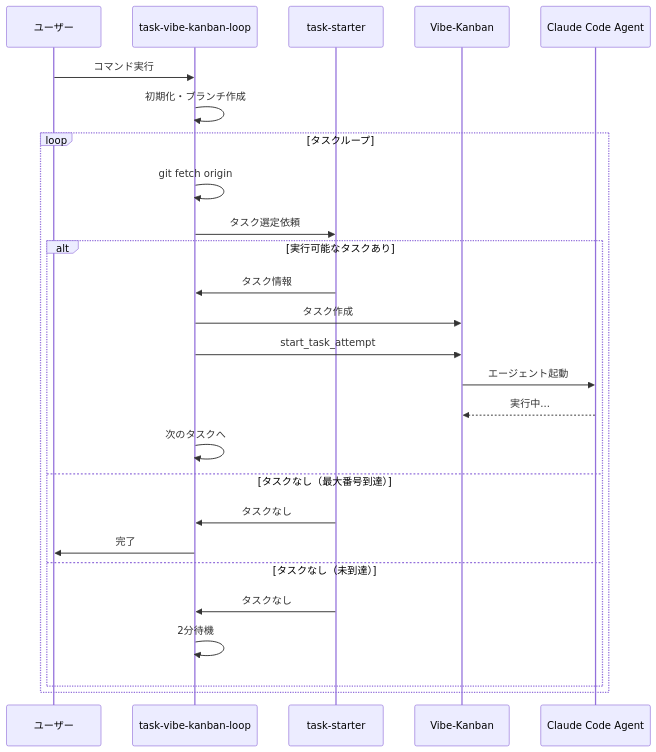
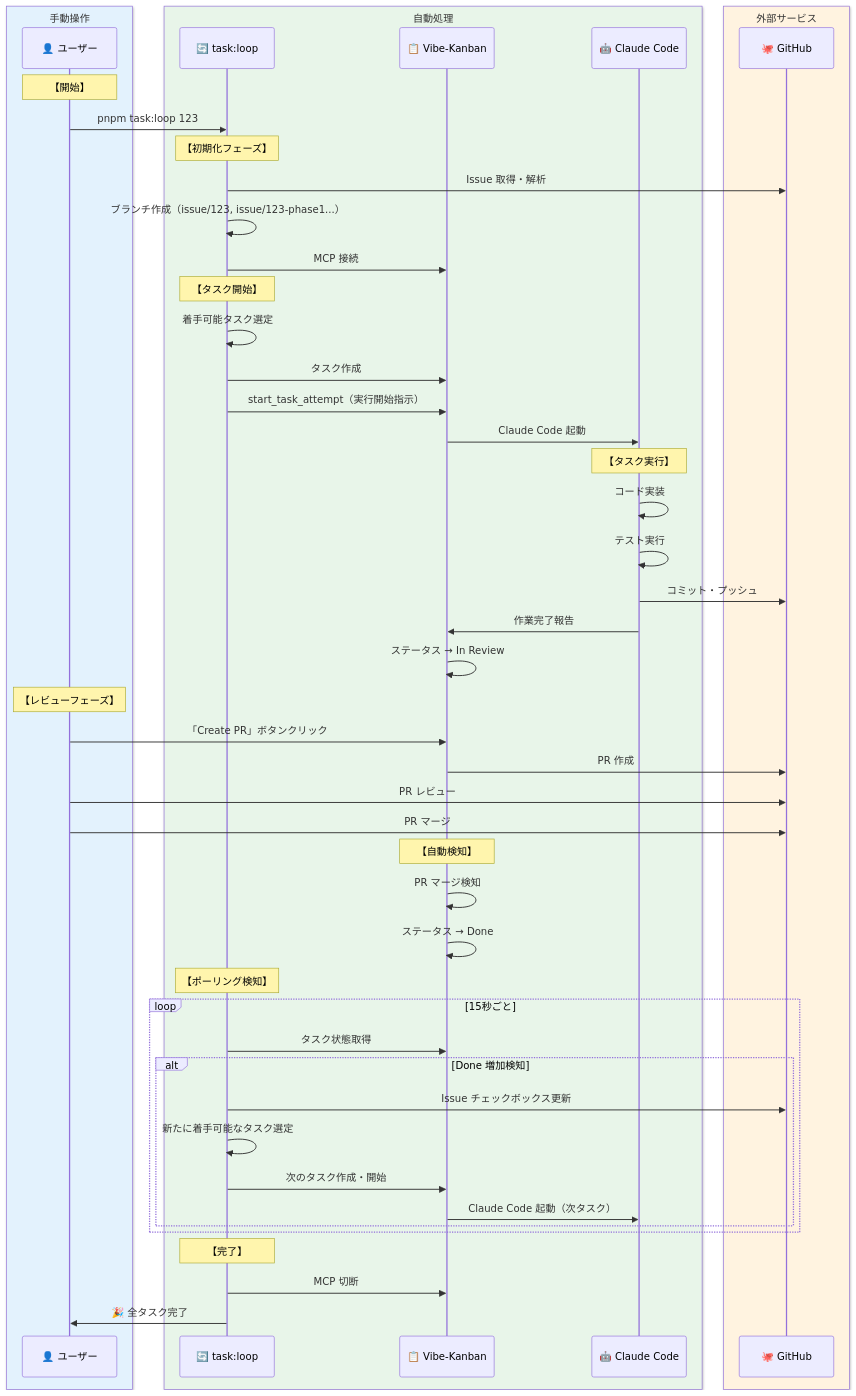
One commit to einja-inc/einja-management-template changed the second of 2 diagrams in docs/instructions/task-vibe-kanban-loop.md. Above: the diagram before and after it, drawn with Mermaid. The commit also changed other lines of this file and 17 other files, not shown here.

````diff
--- a/docs/instructions/task-vibe-kanban-loop.md
+++ b/docs/instructions/task-vibe-kanban-loop.md
@@ -48,31 +311,60 @@
 ```mermaid
 sequenceDiagram
-    participant User as ユーザー
-    participant CMD as task-vibe-kanban-loop
-    participant Starter as task-starter
-    participant Vibe as Vibe-Kanban
-    participant Agent as Claude Code Agent
+    box rgb(227, 242, 253) 手動操作
+        participant User as 👤 ユーザー
+    end
+    box rgb(232, 245, 233) 自動処理
+        participant Script as 🔄 task:loop
+        participant Vibe as 📋 Vibe-Kanban
+        participant Claude as 🤖 Claude Code
+    end
+    box rgb(255, 243, 224) 外部サービス
+        participant GitHub as 🐙 GitHub
+    end
 
-    User->>CMD: コマンド実行
-    CMD->>CMD: 初期化・ブランチ作成
+    Note over User: 【開始】
+    User->>Script: pnpm task:loop 123
 
-    loop タスクループ
-        CMD->>CMD: git fetch origin
-        CMD->>Starter: タスク選定依頼
+    Note over Script: 【初期化フェーズ】
+    Script->>GitHub: Issue 取得・解析
+    Script->>Script: ブランチ作成（issue/123, issue/123-phase1...）
+    Script->>Vibe: MCP 接続
 
-        alt 実行可能なタスクあり
-            Starter->>CMD: タスク情報
-            CMD->>Vibe: タスク作成
-            CMD->>Vibe: start_task_attempt
-            Vibe->>Agent: エージェント起動
-            Agent-->>Vibe: 実行中...
-            CMD->>CMD: 次のタスクへ
-        else タスクなし（最大番号到達）
-            Starter->>CMD: タスクなし
-            CMD->>User: 完了
-        else タスクなし（未到達）
-            Starter->>CMD: タスクなし
-            CMD->>CMD: 2分待機
+    Note over Script: 【タスク開始】
+    Script->>Script: 着手可能タスク選定
+    Script->>Vibe: タスク作成
+    Script->>Vibe: start_task_attempt（実行開始指示）
+    Vibe->>Claude: Claude Code 起動
+
+    Note over Claude: 【タスク実行】
+    Claude->>Claude: コード実装
+    Claude->>Claude: テスト実行
+    Claude->>GitHub: コミット・プッシュ
+    Claude->>Vibe: 作業完了報告
+    Vibe->>Vibe: ステータス → In Review
+
+    Note over User: 【レビューフェーズ】
+    User->>Vibe: 「Create PR」ボタンクリック
+    Vibe->>GitHub: PR 作成
+    User->>GitHub: PR レビュー
+    User->>GitHub: PR マージ
+
+    Note over Vibe: 【自動検知】
+    Vibe->>Vibe: PR マージ検知
+    Vibe->>Vibe: ステータス → Done
+
+    Note over Script: 【ポーリング検知】
+    loop 15秒ごと
+        Script->>Vibe: タスク状態取得
+        alt Done 増加検知
+            Script->>GitHub: Issue チェックボックス更新
+            Script->>Script: 新たに着手可能なタスク選定
+            Script->>Vibe: 次のタスク作成・開始
+            Vibe->>Claude: Claude Code 起動（次タスク）
         end
     end
+
+    Note over Script: 【完了】
+    Script->>Vibe: MCP 切断
+    Script->>User: 🎉 全タスク完了
 ```
````
